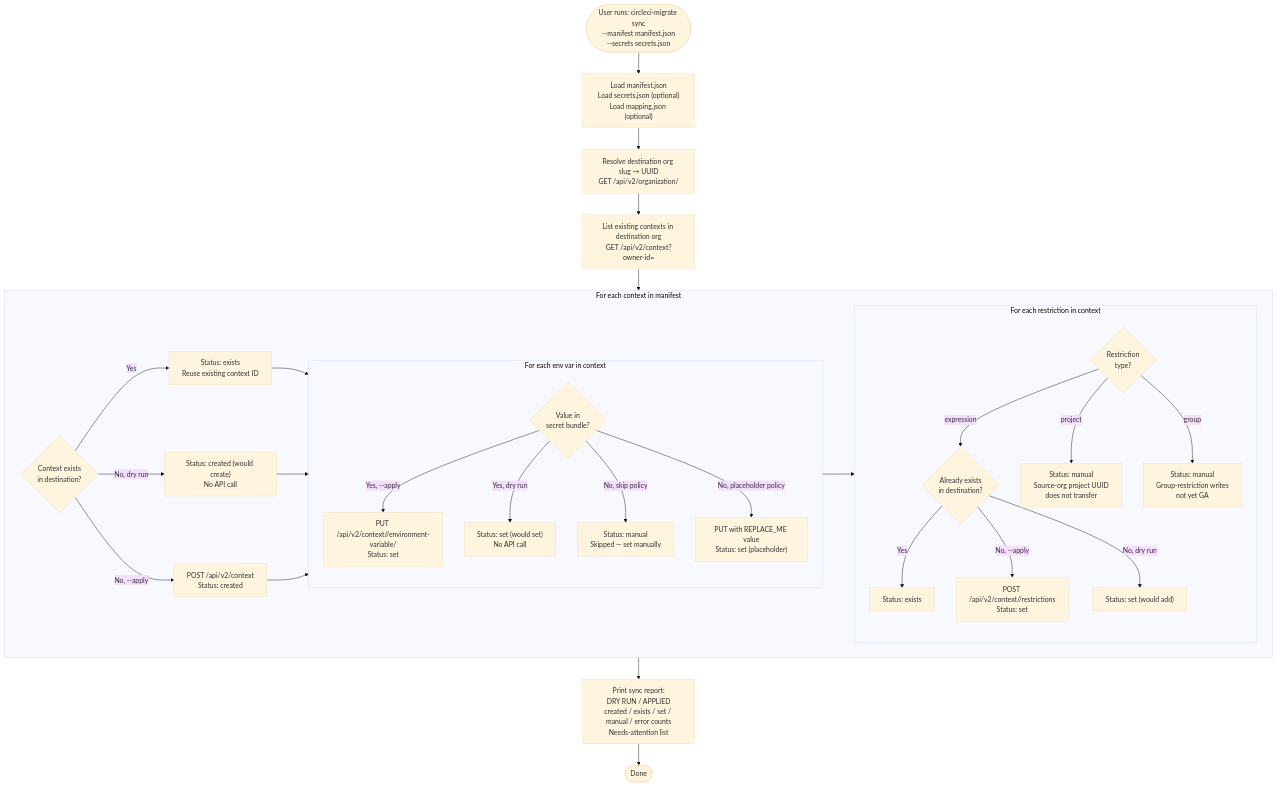
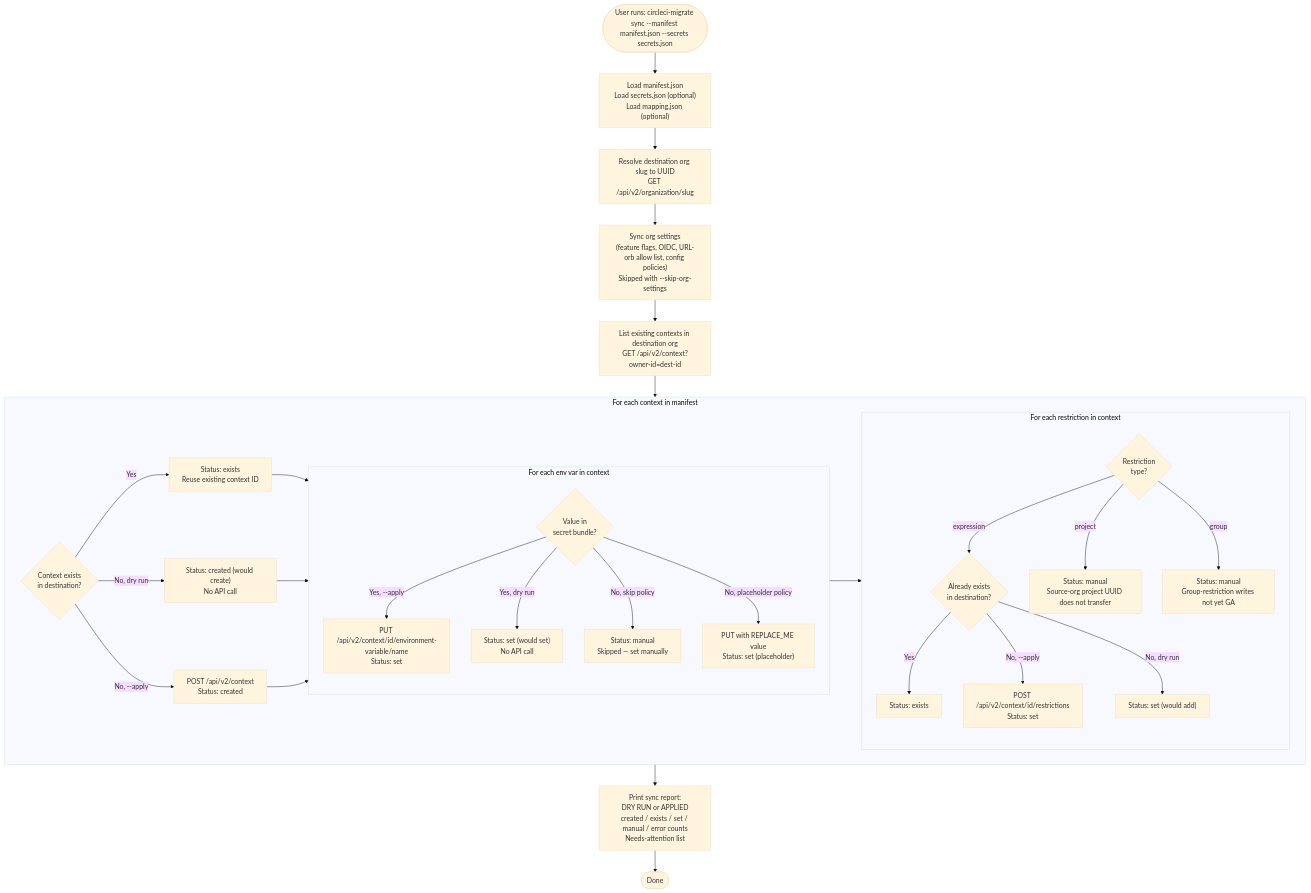
Before and after one commit to AwesomeCICD/circleci-org-migration-cli: the fourth of 4 diagrams in docs/architecture.md, drawn with Mermaid (base theme). The commit also changed other lines of this file and 2 other files, not shown here.

First line of the commit message:
docs: customer-facing README with badges; fix GitHub Mermaid rendering

````diff
--- a/docs/architecture.md
+++ b/docs/architecture.md
@@ -204,48 +227,50 @@
 ```mermaid
 flowchart TD
-    START([User runs: circleci-migrate sync\n--manifest manifest.json\n--secrets secrets.json])
+    START(["User runs: circleci-migrate sync --manifest manifest.json --secrets secrets.json"])
 
-    START --> LOAD["Load manifest.json\nLoad secrets.json (optional)\nLoad mapping.json (optional)"]
+    START --> LOAD["Load manifest.json<br/>Load secrets.json (optional)<br/>Load mapping.json (optional)"]
 
-    LOAD --> RESOLVE["Resolve destination org slug → UUID\nGET /api/v2/organization/<slug>"]
+    LOAD --> RESOLVE["Resolve destination org slug to UUID<br/>GET /api/v2/organization/slug"]
 
-    RESOLVE --> LIST_CTX["List existing contexts in destination org\nGET /api/v2/context?owner-id=<dest-id>"]
+    RESOLVE --> ORG_SETTINGS["Sync org settings<br/>(feature flags, OIDC, URL-orb allow list, config policies)<br/>Skipped with --skip-org-settings"]
+
+    ORG_SETTINGS --> LIST_CTX["List existing contexts in destination org<br/>GET /api/v2/context?owner-id=dest-id"]
 
     LIST_CTX --> LOOP
 
     subgraph LOOP ["For each context in manifest"]
-        ENSURE{"Context exists\nin destination?"}
+        ENSURE{"Context exists<br/>in destination?"}
 
-        ENSURE -->|Yes| REUSE["Status: exists\nReuse existing context ID"]
-        ENSURE -->|No, dry run| WOULD_CREATE["Status: created (would create)\nNo API call"]
-        ENSURE -->|No, --apply| CREATE["POST /api/v2/context\nStatus: created"]
+        ENSURE -->|Yes| REUSE["Status: exists<br/>Reuse existing context ID"]
+        ENSURE -->|"No, dry run"| WOULD_CREATE["Status: created (would create)<br/>No API call"]
+        ENSURE -->|"No, --apply"| CREATE["POST /api/v2/context<br/>Status: created"]
 
         REUSE --> VARS
         WOULD_CREATE --> VARS
         CREATE --> VARS
 
         subgraph VARS ["For each env var in context"]
-            HAS_VAL{"Value in\nsecret bundle?"}
-            HAS_VAL -->|Yes, --apply| UPSERT["PUT /api/v2/context/<id>/environment-variable/<name>\nStatus: set"]
-            HAS_VAL -->|Yes, dry run| DRY_SET["Status: set (would set)\nNo API call"]
-            HAS_VAL -->|No, skip policy| SKIP["Status: manual\nSkipped — set manually"]
-            HAS_VAL -->|No, placeholder policy| PLACEHOLDER["PUT with REPLACE_ME value\nStatus: set (placeholder)"]
+            HAS_VAL{"Value in<br/>secret bundle?"}
+            HAS_VAL -->|"Yes, --apply"| UPSERT["PUT /api/v2/context/id/environment-variable/name<br/>Status: set"]
+            HAS_VAL -->|"Yes, dry run"| DRY_SET["Status: set (would set)<br/>No API call"]
+            HAS_VAL -->|"No, skip policy"| SKIP["Status: manual<br/>Skipped — set manually"]
+            HAS_VAL -->|"No, placeholder policy"| PLACEHOLDER["PUT with REPLACE_ME value<br/>Status: set (placeholder)"]
         end
 
         VARS --> RESTRS
 
         subgraph RESTRS ["For each restriction in context"]
-            RTYPE{"Restriction\ntype?"}
-            RTYPE -->|expression| EXPR_CHECK{"Already exists\nin destination?"}
+            RTYPE{"Restriction<br/>type?"}
+            RTYPE -->|expression| EXPR_CHECK{"Already exists<br/>in destination?"}
             EXPR_CHECK -->|Yes| EXISTS["Status: exists"]
-            EXPR_CHECK -->|No, --apply| CREATE_RESTR["POST /api/v2/context/<id>/restrictions\nStatus: set"]
-            EXPR_CHECK -->|No, dry run| WOULD_RESTR["Status: set (would add)"]
-            RTYPE -->|project| MANUAL_P["Status: manual\nSource-org project UUID\ndoes not transfer"]
-            RTYPE -->|group| MANUAL_G["Status: manual\nGroup-restriction writes\nnot yet GA"]
+            EXPR_CHECK -->|"No, --apply"| CREATE_RESTR["POST /api/v2/context/id/restrictions<br/>Status: set"]
+            EXPR_CHECK -->|"No, dry run"| WOULD_RESTR["Status: set (would add)"]
+            RTYPE -->|project| MANUAL_P["Status: manual<br/>Source-org project UUID does not transfer"]
+            RTYPE -->|group| MANUAL_G["Status: manual<br/>Group-restriction writes not yet GA"]
         end
     end
 
-    LOOP --> REPORT["Print sync report:\nDRY RUN / APPLIED\ncreated / exists / set / manual / error counts\nNeeds-attention list"]
+    LOOP --> REPORT["Print sync report:<br/>DRY RUN or APPLIED<br/>created / exists / set / manual / error counts<br/>Needs-attention list"]
 
     REPORT --> END([Done])
 ```
````
